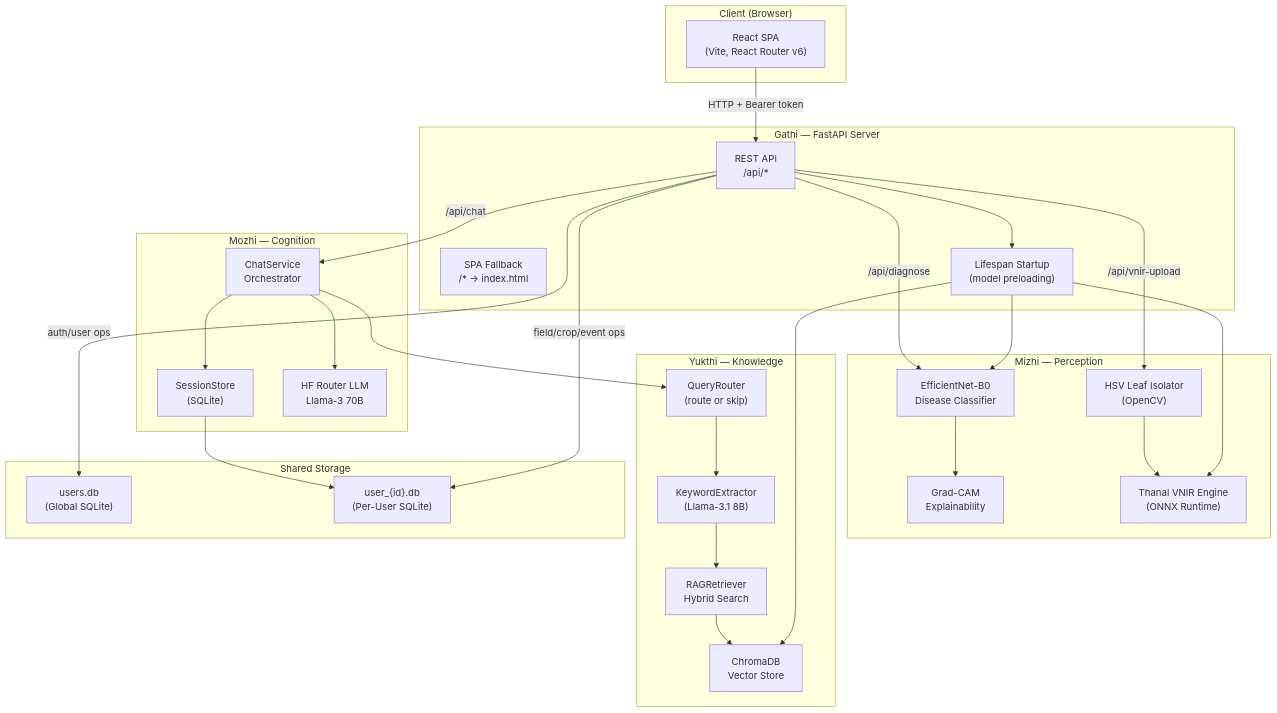
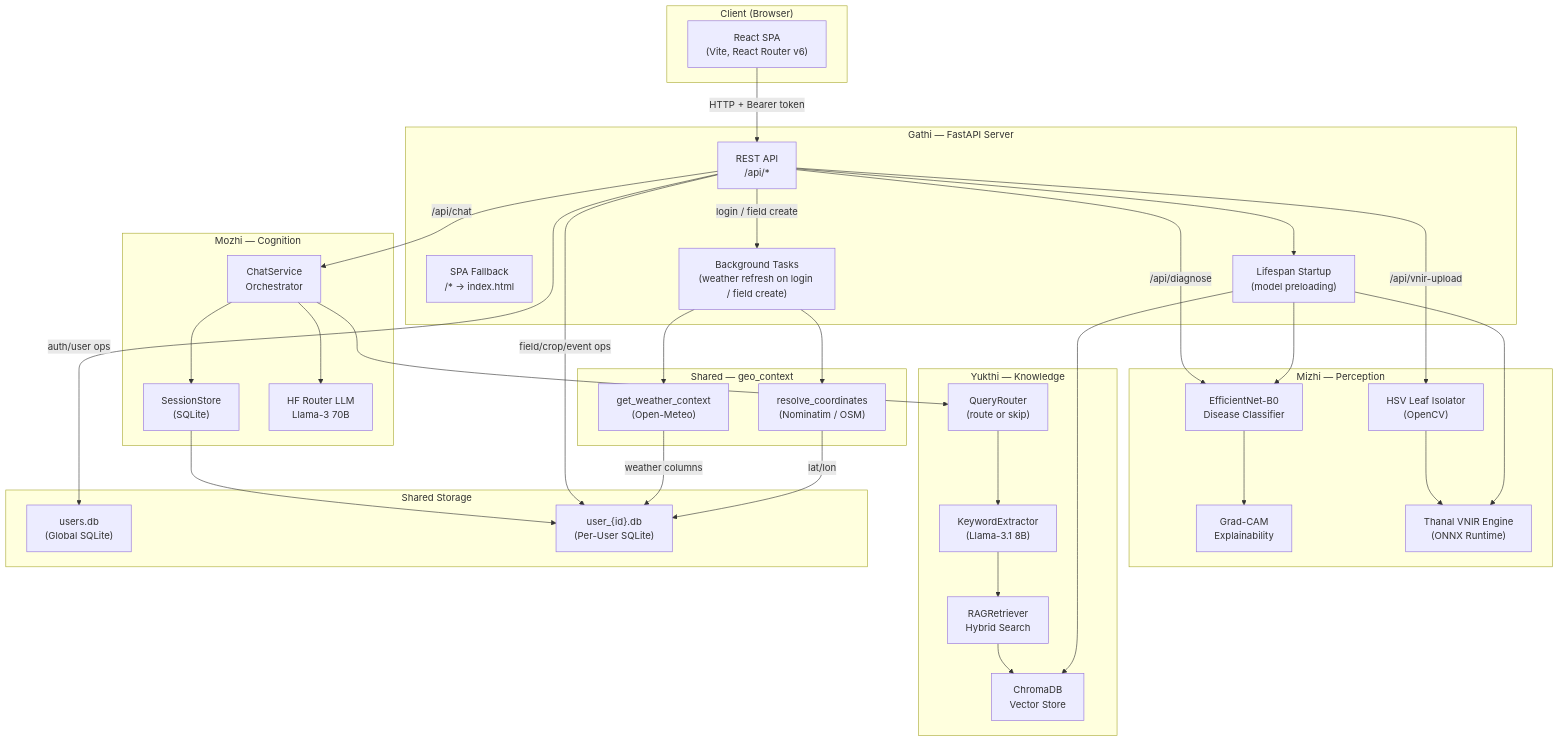
Before and after one commit to SReigovind/NAVA: the second of 2 diagrams in documentation/00_overview.md, drawn with Mermaid. The commit also changed other lines of this file and 55 other files, not shown here.

````diff
--- a/documentation/00_overview.md
+++ b/documentation/00_overview.md
@@ -135,59 +144,71 @@
 ```mermaid
 graph TD
     subgraph "Client (Browser)"
         FE["React SPA\n(Vite, React Router v6)"]
     end
 
     subgraph "Gathi — FastAPI Server"
         API["REST API\n/api/*"]
         SPA["SPA Fallback\n/* → index.html"]
         STARTUP["Lifespan Startup\n(model preloading)"]
+        BGWEATHER["Background Tasks\n(weather refresh on login / field create)"]
     end
 
     subgraph "Mizhi — Perception"
         EFFNET["EfficientNet-B0\nDisease Classifier"]
         GRADCAM["Grad-CAM\nExplainability"]
         VNIR["Thanal VNIR Engine\n(ONNX Runtime)"]
         HSV["HSV Leaf Isolator\n(OpenCV)"]
     end
 
     subgraph "Mozhi — Cognition"
         CHAT["ChatService\nOrchestrator"]
         SESSION["SessionStore\n(SQLite)"]
         HFLM["HF Router LLM\nLlama-3 70B"]
     end
 
     subgraph "Yukthi — Knowledge"
         ROUTER["QueryRouter\n(route or skip)"]
         KEYWORDS["KeywordExtractor\n(Llama-3.1 8B)"]
         RETRIEVER["RAGRetriever\nHybrid Search"]
         CHROMA["ChromaDB\nVector Store"]
+    end
+
+    subgraph "Shared — geo_context"
+        GEO["resolve_coordinates\n(Nominatim / OSM)"]
+        WX["get_weather_context\n(Open-Meteo)"]
     end
 
     subgraph "Shared Storage"
         USERDB["users.db\n(Global SQLite)"]
         FARMDB["user_{id}.db\n(Per-User SQLite)"]
     end
 
     FE -- "HTTP + Bearer token" --> API
     API --> STARTUP
     STARTUP --> EFFNET
     STARTUP --> VNIR
     STARTUP --> CHROMA
 
     API -- "/api/diagnose" --> EFFNET
     EFFNET --> GRADCAM
     API -- "/api/vnir-upload" --> HSV
     HSV --> VNIR
     API -- "/api/chat" --> CHAT
     CHAT --> HFLM
     CHAT --> ROUTER
     ROUTER --> KEYWORDS
     KEYWORDS --> RETRIEVER
     RETRIEVER --> CHROMA
 
+    API -- "login / field create" --> BGWEATHER
+    BGWEATHER --> GEO
+    GEO -- "lat/lon" --> FARMDB
+    BGWEATHER --> WX
+    WX -- "weather columns" --> FARMDB
+
     API -- "auth/user ops" --> USERDB
     API -- "field/crop/event ops" --> FARMDB
     CHAT --> SESSION
     SESSION --> FARMDB
 ```
````
